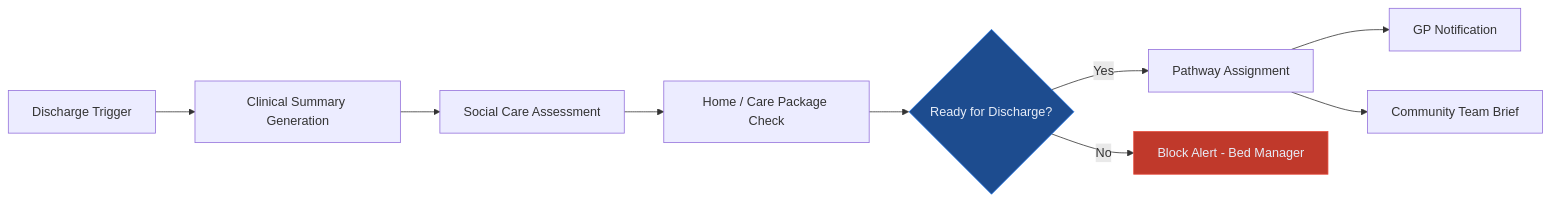
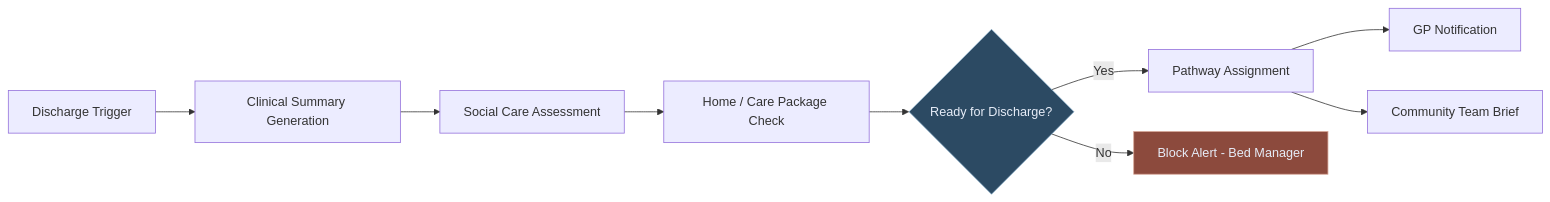
One commit to lorvexai/lorvexai changed the ninth of 10 diagrams in blog/ai-workflows-for-regulated-enterprises.md. Above: the diagram before and after it, drawn with Mermaid. The commit also changed other lines of this file and 16 other files, not shown here.

First line of the commit message:
Retune hardcoded Mermaid node colors to match the site palette

````diff
--- a/blog/ai-workflows-for-regulated-enterprises.md
+++ b/blog/ai-workflows-for-regulated-enterprises.md
@@ -224,14 +224,14 @@
 ```mermaid
 flowchart LR
     A[Discharge Trigger] --> B[Clinical Summary Generation]
     B --> C[Social Care Assessment]
     C --> D[Home / Care Package Check]
     D --> E{Ready for Discharge?}
     E -->|Yes| F[Pathway Assignment]
     E -->|No| G[Block Alert - Bed Manager]
     F --> H[GP Notification]
     F --> I[Community Team Brief]
 
-    style E fill:#1D4C8F,stroke:#2F80ED,color:#E6ECF7
-    style G fill:#C0392B,stroke:#e74c3c,color:#E6ECF7
+    style E fill:#2C4A63,stroke:#8FB2CC,color:#E6ECF7
+    style G fill:#8C4A3D,stroke:#D6A697,color:#E6ECF7
 ```
````
